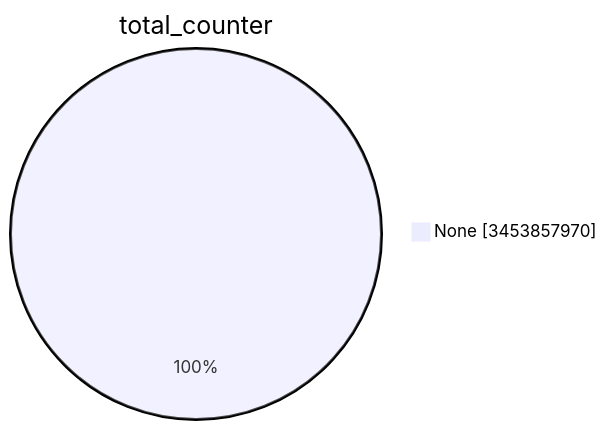
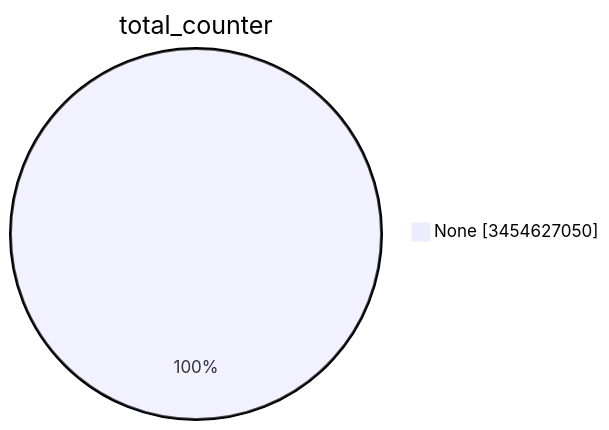
Before and after one commit to christiankrug/ctmonitor_visualization: the first of 15 diagrams in TOTAL/README.md, drawn with Mermaid. The commit also changed other lines of this file, not shown here.

````diff
--- a/TOTAL/README.md
+++ b/TOTAL/README.md
@@ -1,5 +1,5 @@
 ```mermaid
 pie showData
 title total_counter
-"None" :3453857970
+"None" :3454627050
 ```
````
